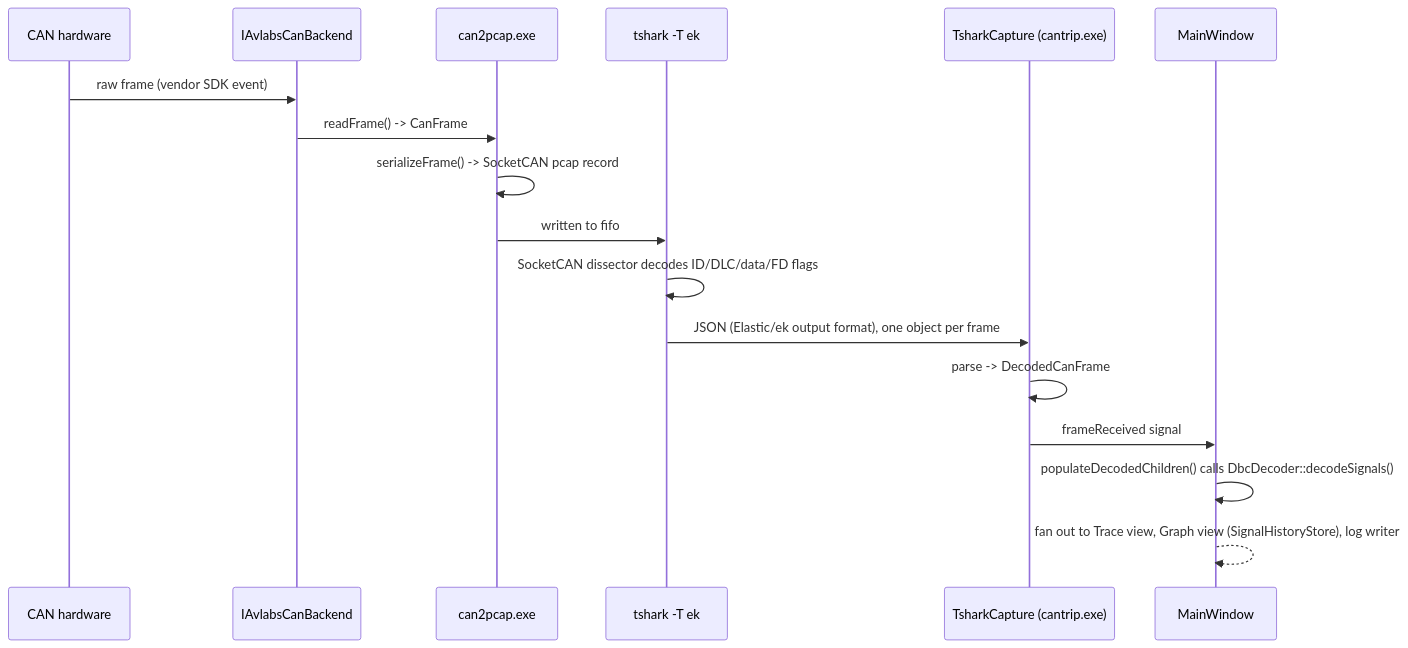
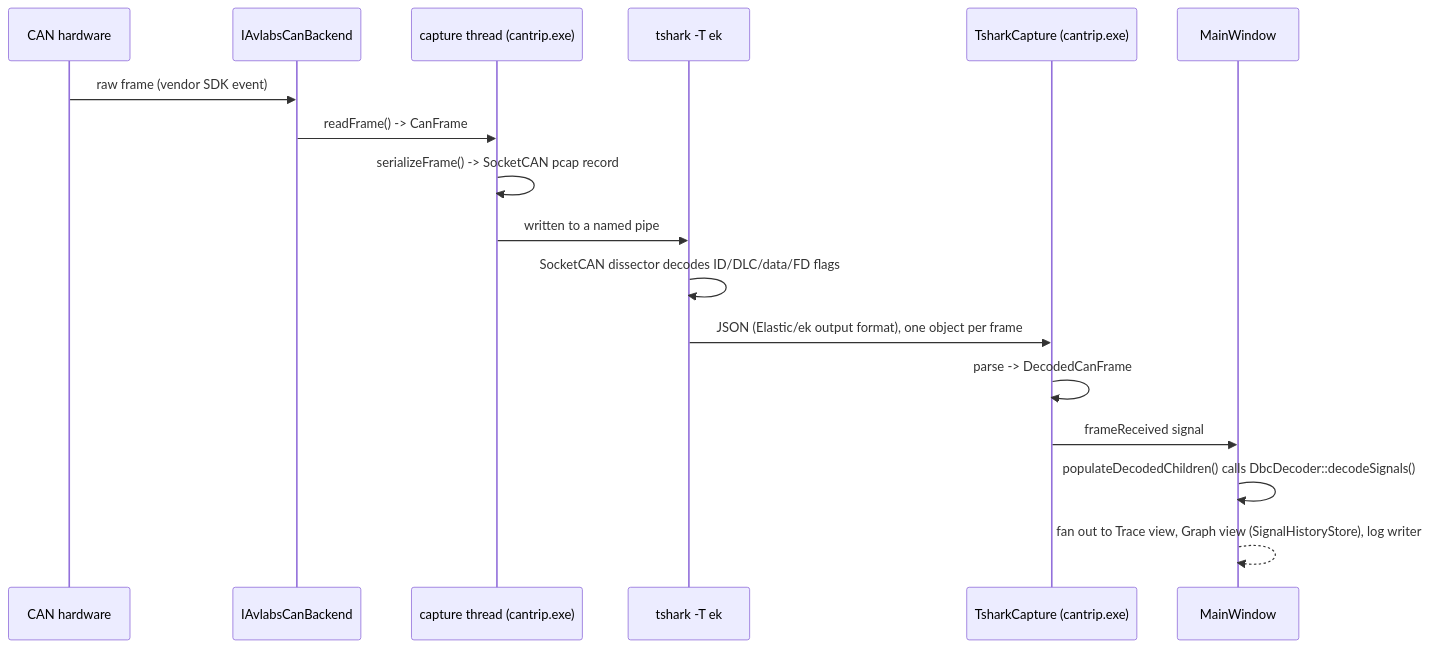
One commit to avmolaei/CANtrip changed the diagram in docs/architecture/data-flow.md. Above: the diagram before and after it, drawn with Mermaid. The commit also changed other lines of this file and 3 other files, not shown here.

````diff
--- a/docs/architecture/data-flow.md
+++ b/docs/architecture/data-flow.md
@@ -14,20 +6,20 @@
 ```mermaid
 sequenceDiagram
     participant HW as CAN hardware
     participant BE as IAvlabsCanBackend
-    participant CP as can2pcap.exe
+    participant CP as capture thread (cantrip.exe)
     participant TS as tshark -T ek
     participant App as TsharkCapture (cantrip.exe)
     participant MW as MainWindow
 
     HW->>BE: raw frame (vendor SDK event)
     BE->>CP: readFrame() -> CanFrame
     CP->>CP: serializeFrame() -> SocketCAN pcap record
-    CP->>TS: written to fifo
+    CP->>TS: written to a named pipe
     TS->>TS: SocketCAN dissector decodes ID/DLC/data/FD flags
     TS->>App: JSON (Elastic/ek output format), one object per frame
     App->>App: parse -> DecodedCanFrame
     App->>MW: frameReceived signal
     MW->>MW: populateDecodedChildren() calls DbcDecoder::decodeSignals()
     MW-->>MW: fan out to Trace view, Graph view (SignalHistoryStore), log writer
 ```
````
